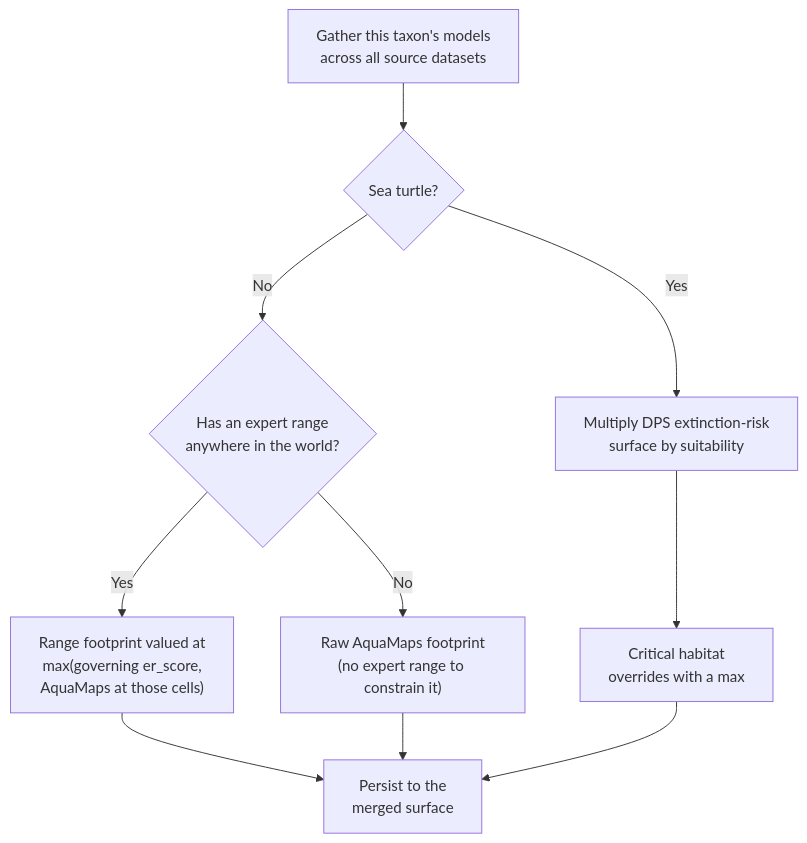
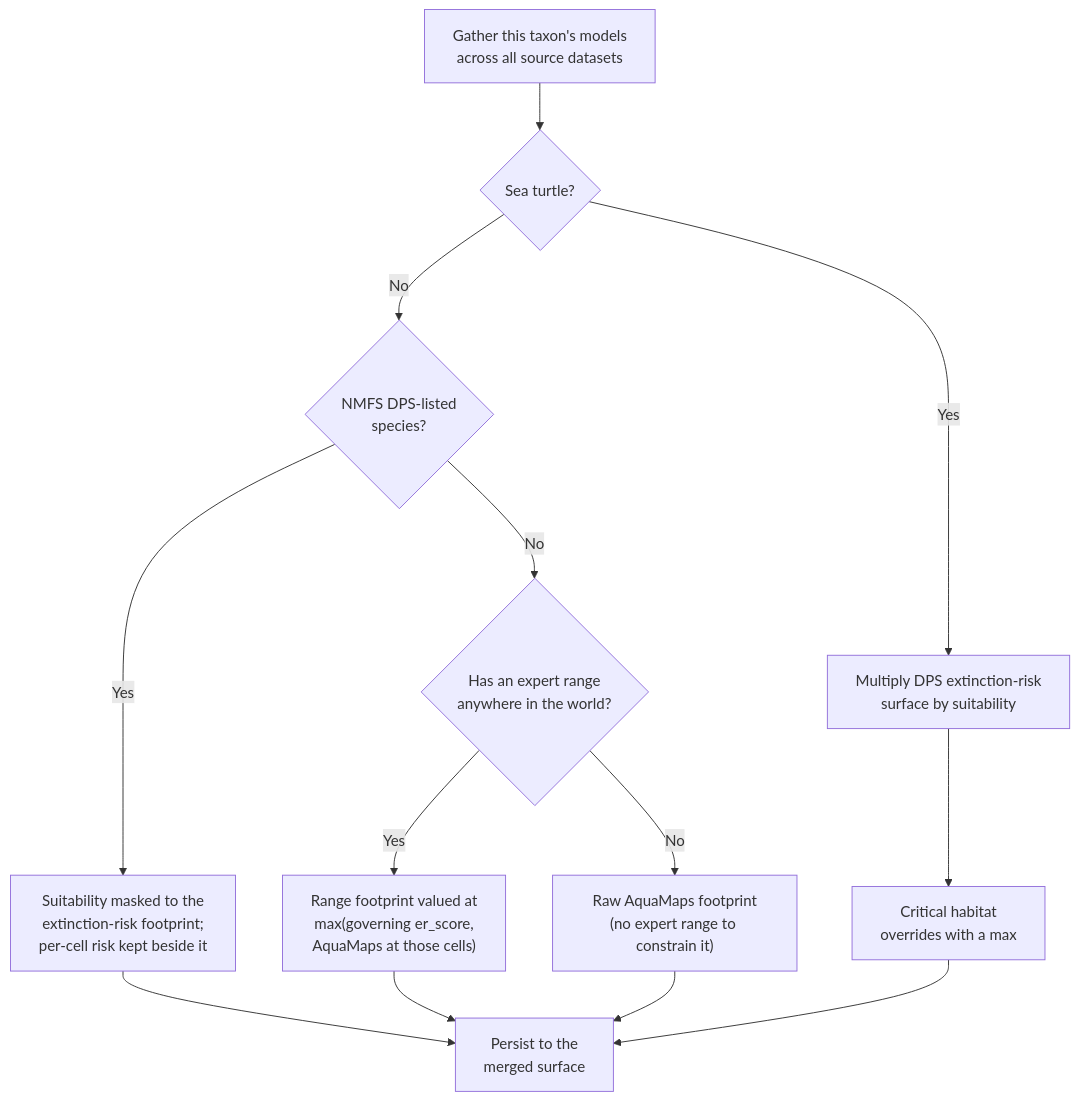
One commit to MarineSensitivity/docs changed the diagram in model-merging.qmd. Above: the diagram before and after it, drawn with Mermaid. The commit also changed other lines of this file and 4 other files, not shown here.

First line of the commit message:
v9: NMFS DPS-listed species — merged model is the suitability, per-cell risk applied at scoring (merging Step 5, scoring exception, extinction-risk section, data-sources note, release notes)

````diff
--- a/model-merging.qmd
+++ b/model-merging.qmd
@@ -23,15 +23,18 @@
 ```{mermaid}
 %%| label: fig-merge-pipeline
 %%| fig-cap: "Merging one taxon's source models into a single surface."
 %%| fig-width: 6
 flowchart TD
   A["Gather this taxon's models<br>across all source datasets"] --> T{"Sea turtle?"}
   T -->|Yes| M["Multiply DPS extinction-risk<br>surface by suitability"]
-  T -->|No| B{"Has an expert range<br>anywhere in the world?"}
+  T -->|No| P{"NMFS DPS-listed<br>species?"}
+  P -->|Yes| Q["Suitability masked to the<br>extinction-risk footprint;<br>per-cell risk kept beside it"]
+  P -->|No| B{"Has an expert range<br>anywhere in the world?"}
+  Q --> F
   B -->|Yes| C["Range footprint valued at<br>max(governing er_score,<br>AquaMaps at those cells)"]
   B -->|No| D["Raw AquaMaps footprint<br>(no expert range to constrain it)"]
   M --> E["Critical habitat<br>overrides with a max"]
   C --> F["Persist to the<br>merged surface"]
   D --> F
   E --> F
 ```
````
